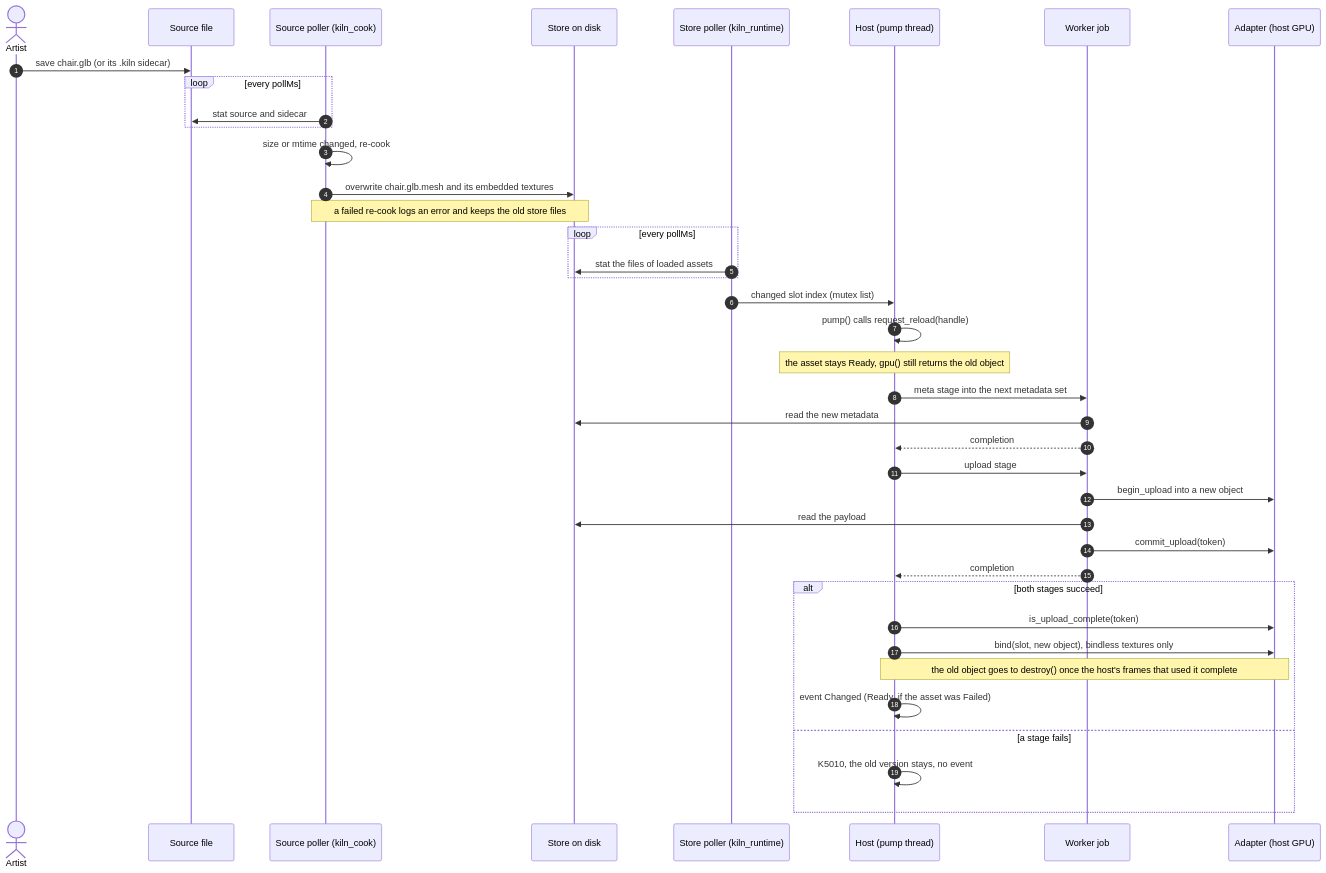
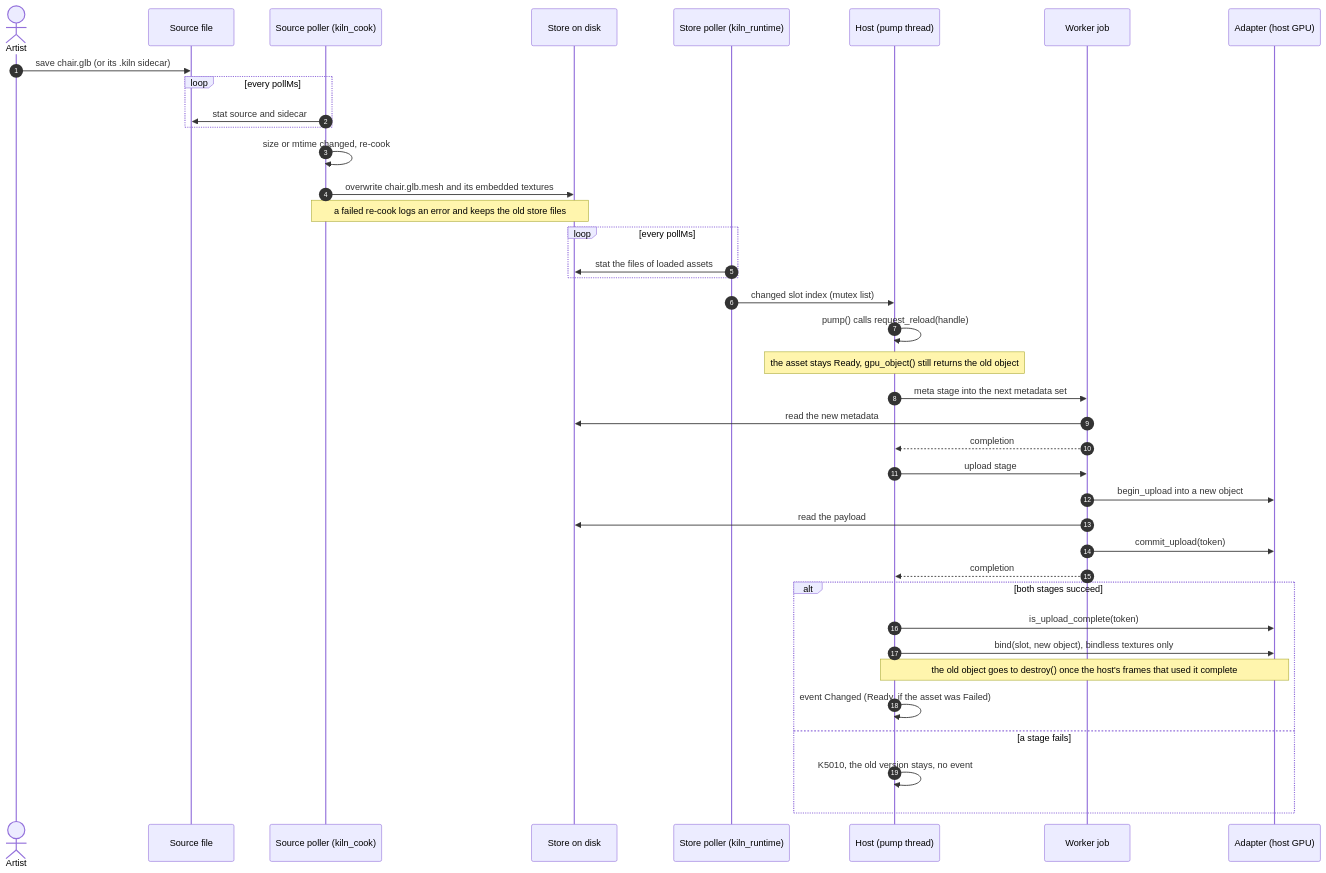
One commit to sigman78/Kiln changed the third of 3 diagrams in docs/design/architecture.md. Above: the diagram before and after it, drawn with Mermaid. The commit also changed other lines of this file and 32 other files, not shown here.

First line of the commit message:
runtime: placeholder_object, texture_asset_name, gpu() renamed gpu_object()

````diff
--- a/docs/design/architecture.md
+++ b/docs/design/architecture.md
@@ -118,45 +118,45 @@
 ```mermaid
 sequenceDiagram
     autonumber
     actor Artist
     participant Src as Source file
     participant SP as Source poller (kiln_cook)
     participant Store as Store on disk
     participant RP as Store poller (kiln_runtime)
     participant Host as Host (pump thread)
     participant Worker as Worker job
     participant Adapter as Adapter (host GPU)
 
     Artist->>Src: save chair.glb (or its .kiln sidecar)
     loop every pollMs
         SP->>Src: stat source and sidecar
     end
     SP->>SP: size or mtime changed, re-cook
     SP->>Store: overwrite chair.glb.mesh and its embedded textures
     Note over SP,Store: a failed re-cook logs an error and keeps the old store files
 
     loop every pollMs
         RP->>Store: stat the files of loaded assets
     end
     RP->>Host: changed slot index (mutex list)
     Host->>Host: pump() calls request_reload(handle)
-    Note over Host: the asset stays Ready, gpu() still returns the old object
+    Note over Host: the asset stays Ready, gpu_object() still returns the old object
 
     Host->>Worker: meta stage into the next metadata set
     Worker->>Store: read the new metadata
     Worker-->>Host: completion
     Host->>Worker: upload stage
     Worker->>Adapter: begin_upload into a new object
     Worker->>Store: read the payload
     Worker->>Adapter: commit_upload(token)
     Worker-->>Host: completion
 
     alt both stages succeed
         Host->>Adapter: is_upload_complete(token)
         Host->>Adapter: bind(slot, new object), bindless textures only
         Note over Host,Adapter: the old object goes to destroy() once the host's frames that used it complete
         Host->>Host: event Changed (Ready, if the asset was Failed)
     else a stage fails
         Host->>Host: K5010, the old version stays, no event
     end
 ```
````
